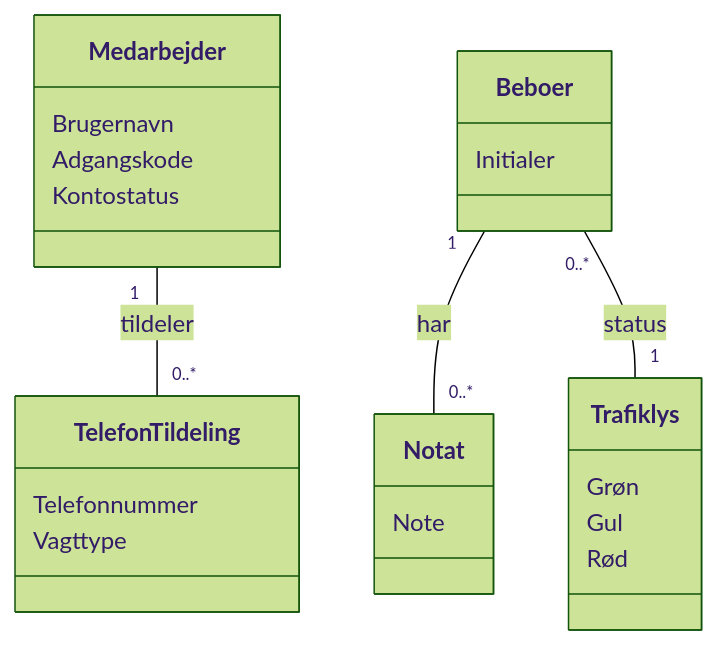
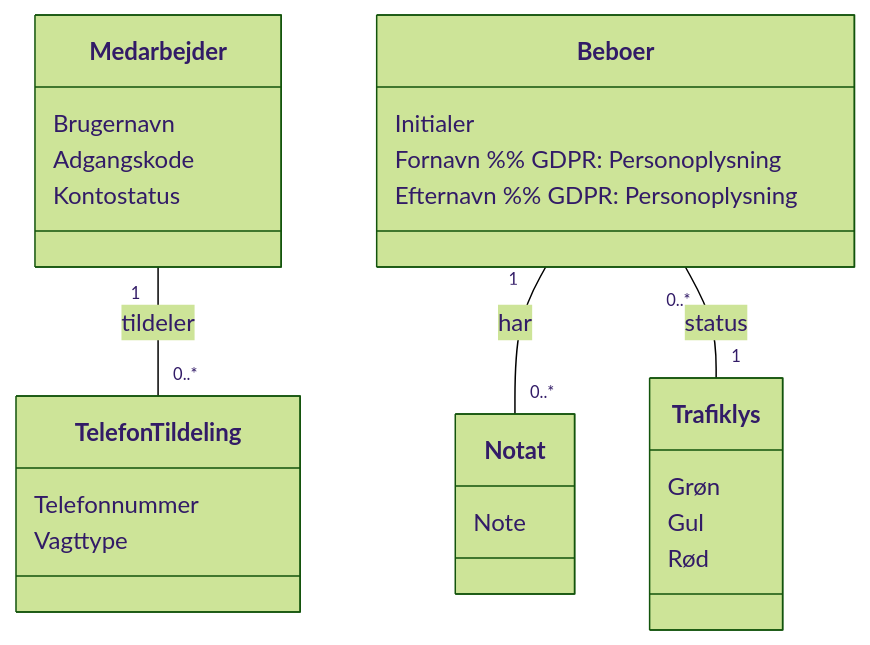
Before and after one commit to DMOoF25-Team6/Slottets-Drifttavlen: the diagram in docs/dm.da.md, drawn with Mermaid (forest theme). The commit also changed other lines of this file and 9 other files, not shown here.

````diff
--- a/docs/dm.da.md
+++ b/docs/dm.da.md
@@ -15,27 +16,29 @@
 ```mermaid
 %% Domænemodeldiagram for Slottets Drifttavlen
 classDiagram
     class Medarbejder {
         Brugernavn
         Adgangskode
         Kontostatus
     }
     class Beboer {
         Initialer
+        Fornavn %% GDPR: Personoplysning
+        Efternavn %% GDPR: Personoplysning
     }
     class Notat {
         Note
     }
     class Trafiklys {
         Grøn
         Gul
         Rød
     }
     class TelefonTildeling {
         Telefonnummer
         Vagttype
     }
     Beboer "1" -- "0..*" Notat : har
     Beboer "0..*" -- "1" Trafiklys : status
     Medarbejder "1" -- "0..*" TelefonTildeling : tildeler
 ```
````
